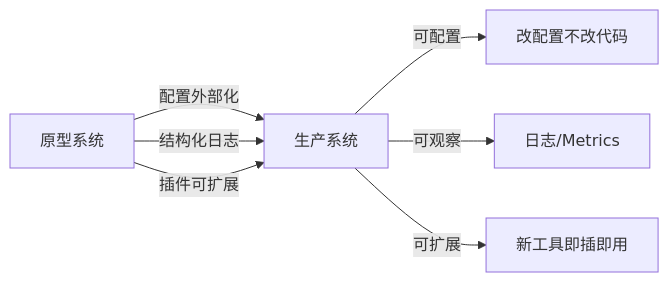
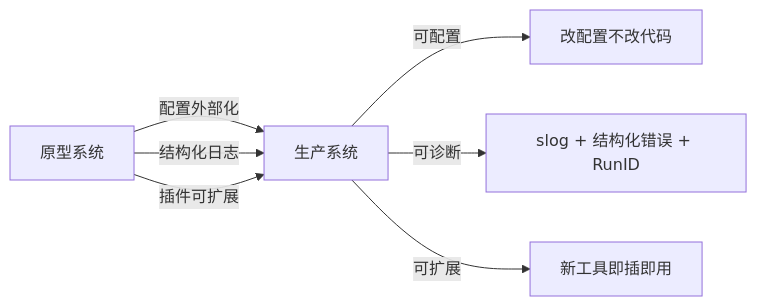
Before and after one commit to apexracing/tracklogic-agent: the diagram in docs/10-production.md, drawn with Mermaid. The commit also changed other lines of this file and 52 other files, not shown here.

````diff
--- a/docs/10-production.md
+++ b/docs/10-production.md
@@ -7,10 +7,10 @@
 ```mermaid
 graph LR
     PROTO["原型系统"] -->|"配置外部化"| PROD["生产系统"]
     PROTO -->|"结构化日志"| PROD
     PROTO -->|"插件可扩展"| PROD
     
     PROD -->|"可配置"| C1["改配置不改代码"]
-    PROD -->|"可观察"| C2["日志/Metrics"]
+    PROD -->|"可诊断"| C2["slog + 结构化错误 + RunID"]
     PROD -->|"可扩展"| C3["新工具即插即用"]
 ```
````
